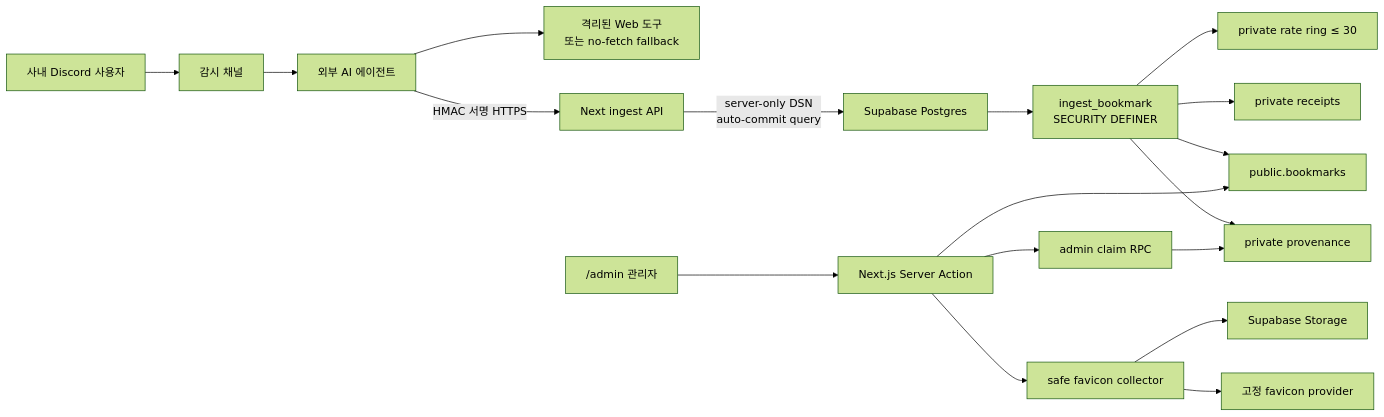
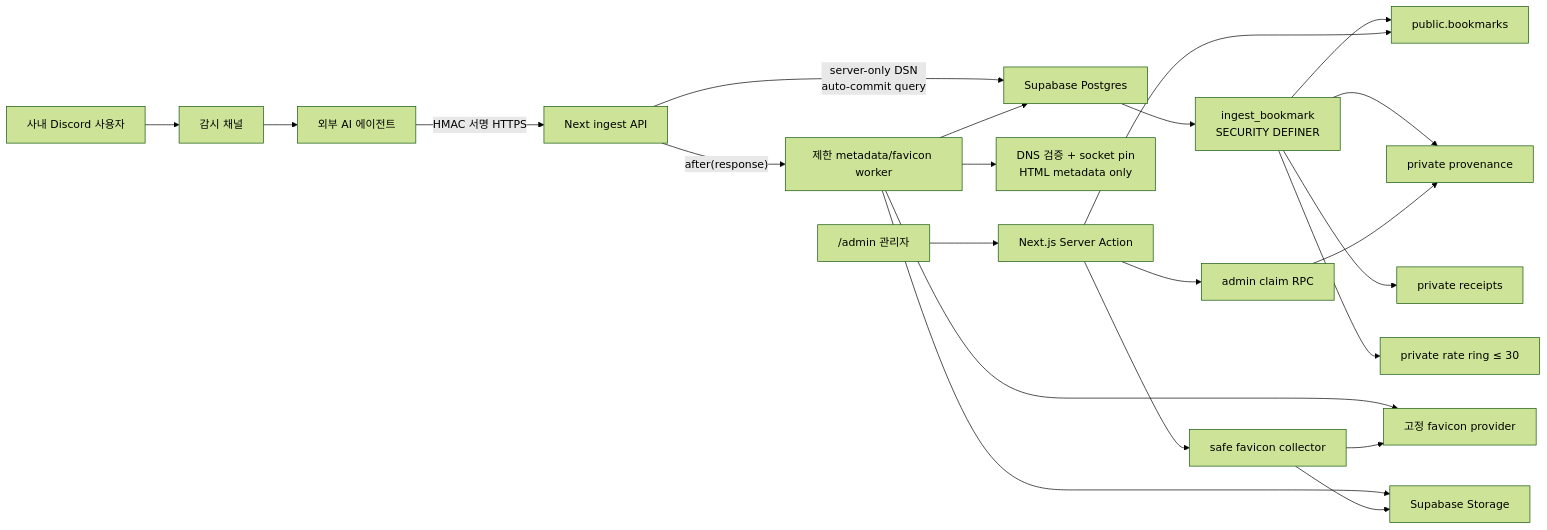
The diagram in .kiro/specs/discord-link-auto-ingest/design.md (ITCONNECT-ci-cd/favorite-site), drawn with Mermaid (forest theme) before and after one commit. The commit also changed other lines of this file and 20 other files, not shown here.

````diff
--- a/.kiro/specs/discord-link-auto-ingest/design.md
+++ b/.kiro/specs/discord-link-auto-ingest/design.md
@@ -66,21 +66,26 @@
 ```mermaid
 flowchart LR
   U["사내 Discord 사용자"] --> D["감시 채널"]
   D --> A["외부 AI 에이전트"]
-  A --> W["격리된 Web 도구\n또는 no-fetch fallback"]
   A -->|"HMAC 서명 HTTPS"| I["Next ingest API"]
   I -->|"server-only DSN\nauto-commit query"| P["Supabase Postgres"]
   P --> F["ingest_bookmark\nSECURITY DEFINER"]
   F --> B["public.bookmarks"]
   F --> V["private provenance"]
   F --> R["private receipts"]
   F --> L["private rate ring ≤ 30"]
 
+  I -->|"after(response)"| E["제한 metadata/favicon worker"]
+  E --> W["DNS 검증 + socket pin\nHTML metadata only"]
+  E --> G["고정 favicon provider"]
+  E --> O["Supabase Storage"]
+  E --> P
+
   M["/admin 관리자"] --> X["Next.js Server Action"]
   X --> C["admin claim RPC"]
   C --> V
   X --> S["safe favicon collector"]
-  S --> G["고정 favicon provider"]
-  S --> O["Supabase Storage"]
+  S --> G
+  S --> O
   X --> B
 ```
````
